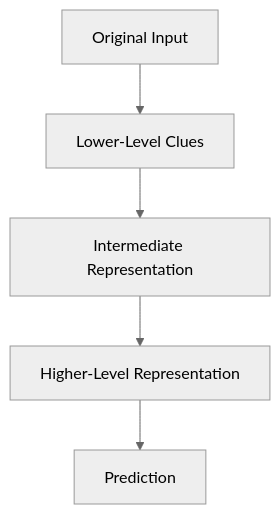
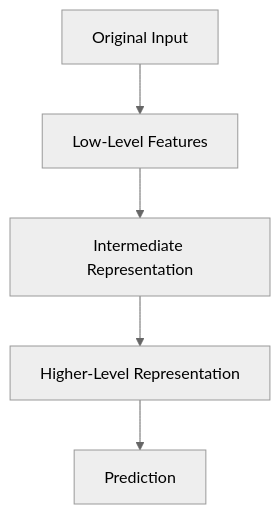
Before and after one commit to devchan64/AiBook: the second of 3 diagrams in docs/en/parts/part-01/chapter-03/section-03.md, drawn with Mermaid (neutral theme). The commit also changed other lines of this file and 36 other files, not shown here.

````diff
--- a/docs/en/parts/part-01/chapter-03/section-03.md
+++ b/docs/en/parts/part-01/chapter-03/section-03.md
@@ -124,10 +148,10 @@
 ```mermaid
 flowchart TD
   Input["Original Input"]
-  Low["Lower-Level Clues"]
+  Low["Low-Level Features"]
   Mid["Intermediate Representation"]
   High["Higher-Level Representation"]
   Output["Prediction"]
 
   Input --> Low --> Mid --> High --> Output
 ```
````
